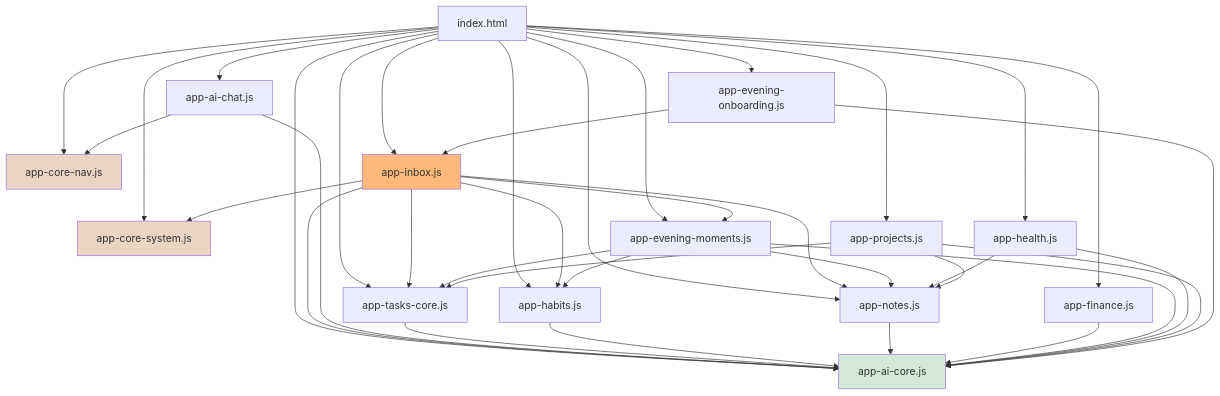
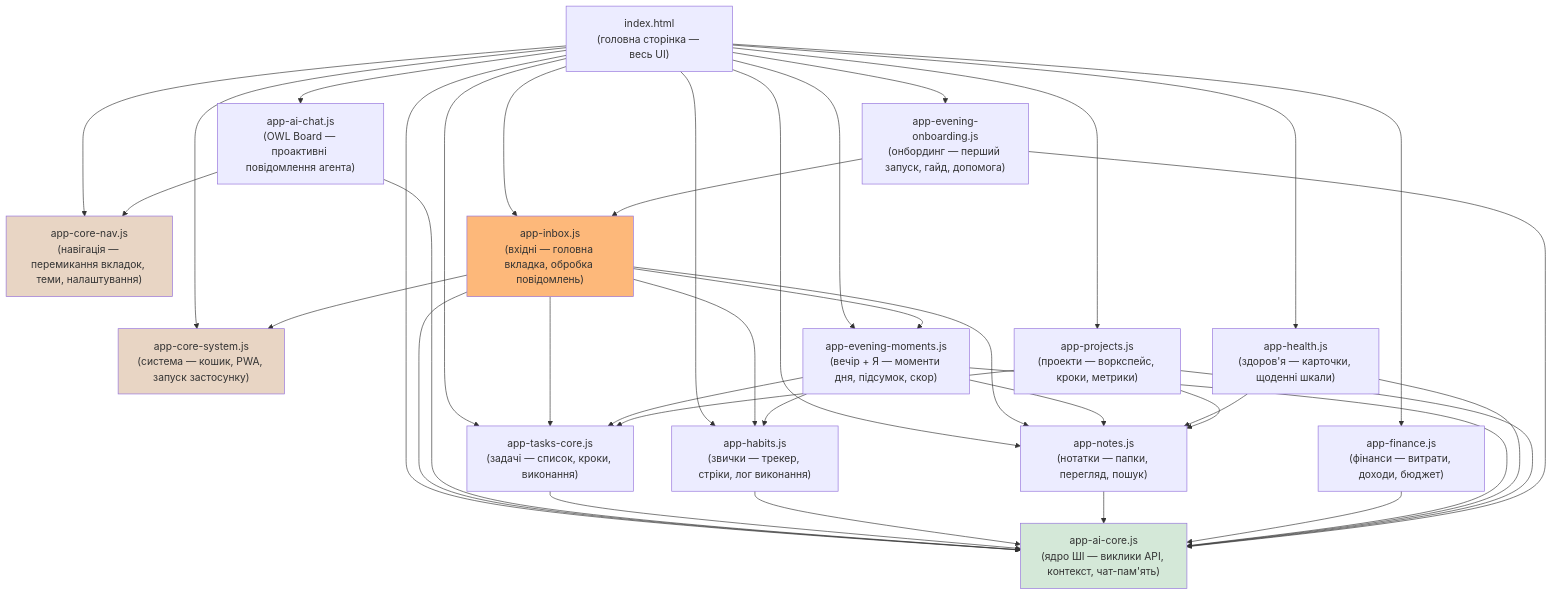
The first of 6 diagrams in docs/ARCHITECTURE.md (OWLs68/NeverMind), drawn with Mermaid before and after one commit. The commit also changed other lines of this file, not shown here.

````diff
--- a/docs/ARCHITECTURE.md
+++ b/docs/ARCHITECTURE.md
@@ -5,50 +5,65 @@
 ```mermaid
 graph TD
-    HTML[index.html] --> NAV[app-core-nav.js]
-    HTML --> SYS[app-core-system.js]
-    HTML --> AIC[app-ai-core.js]
-    HTML --> CHAT[app-ai-chat.js]
-    HTML --> INB[app-inbox.js]
-    HTML --> TSK[app-tasks-core.js]
-    HTML --> HAB[app-habits.js]
-    HTML --> NOT[app-notes.js]
-    HTML --> FIN[app-finance.js]
-    HTML --> EVE[app-evening-moments.js]
-    HTML --> ONB[app-evening-onboarding.js]
-    HTML --> HLT[app-health.js]
-    HTML --> PRJ[app-projects.js]
+    HTML["index.html\n(головна сторінка — весь UI)"]
+    NAV["app-core-nav.js\n(навігація — перемикання вкладок, теми, налаштування)"]
+    SYS["app-core-system.js\n(система — кошик, PWA, запуск застосунку)"]
+    AIC["app-ai-core.js\n(ядро ШІ — виклики API, контекст, чат-пам'ять)"]
+    CHAT["app-ai-chat.js\n(OWL Board — проактивні повідомлення агента)"]
+    INB["app-inbox.js\n(вхідні — головна вкладка, обробка повідомлень)"]
+    TSK["app-tasks-core.js\n(задачі — список, кроки, виконання)"]
+    HAB["app-habits.js\n(звички — трекер, стріки, лог виконання)"]
+    NOT["app-notes.js\n(нотатки — папки, перегляд, пошук)"]
+    FIN["app-finance.js\n(фінанси — витрати, доходи, бюджет)"]
+    EVE["app-evening-moments.js\n(вечір + Я — моменти дня, підсумок, скор)"]
+    ONB["app-evening-onboarding.js\n(онбординг — перший запуск, гайд, допомога)"]
+    HLT["app-health.js\n(здоров'я — карточки, щоденні шкали)"]
+    PRJ["app-projects.js\n(проекти — воркспейс, кроки, метрики)"]
+
+    HTML --> NAV
+    HTML --> SYS
+    HTML --> AIC
+    HTML --> CHAT
+    HTML --> INB
+    HTML --> TSK
+    HTML --> HAB
+    HTML --> NOT
+    HTML --> FIN
+    HTML --> EVE
+    HTML --> ONB
+    HTML --> HLT
+    HTML --> PRJ
 
     INB --> AIC
     INB --> TSK
     INB --> HAB
     INB --> NOT
     INB --> EVE
     INB --> SYS
 
     CHAT --> AIC
     CHAT --> NAV
 
     TSK --> AIC
     HAB --> AIC
     NOT --> AIC
     FIN --> AIC
     EVE --> AIC
     HLT --> AIC
     PRJ --> AIC
 
     EVE --> HAB
     EVE --> TSK
     EVE --> NOT
 
     HLT --> NOT
     PRJ --> NOT
     PRJ --> TSK
 
     ONB --> AIC
     ONB --> INB
 
     style NAV fill:#e8d5c4
     style SYS fill:#e8d5c4
     style AIC fill:#d4e8d8
     style INB fill:#fdb87a
 ```
````
